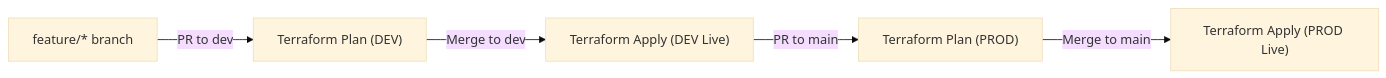
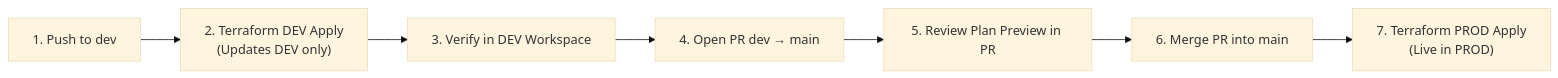
One commit to bala93kumar/Databricks_CI_CD_apps changed the second of 2 diagrams in README.md. Above: the diagram before and after it, drawn with Mermaid (base theme). The commit also changed other lines of this file and 5 other files, not shown here.

Commit message:
feat: onboard marketing-pipeline-sp with Unity Catalog schema grants

````diff
--- a/README.md
+++ b/README.md
@@ -28,7 +96,9 @@
 ```mermaid
 flowchart LR
-    A["feature/* branch"] -->|PR to dev| B["Terraform Plan (DEV)"]
-    B -->|Merge to dev| C["Terraform Apply (DEV Live)"]
-    C -->|PR to main| D["Terraform Plan (PROD)"]
-    D -->|Merge to main| E["Terraform Apply (PROD Live)"]
+    DevCommit["1. Push to dev"] --> DevPlan["2. Terraform DEV Apply<br/>(Updates DEV only)"]
+    DevPlan --> DevVerify["3. Verify in DEV Workspace"]
+    DevVerify --> OpenPR["4. Open PR dev &rarr; main"]
+    OpenPR --> PRPlan["5. Review Plan Preview in PR"]
+    PRPlan --> MergePR["6. Merge PR into main"]
+    MergePR --> ProdApply["7. Terraform PROD Apply<br/>(Live in PROD)"]
 ```
````
